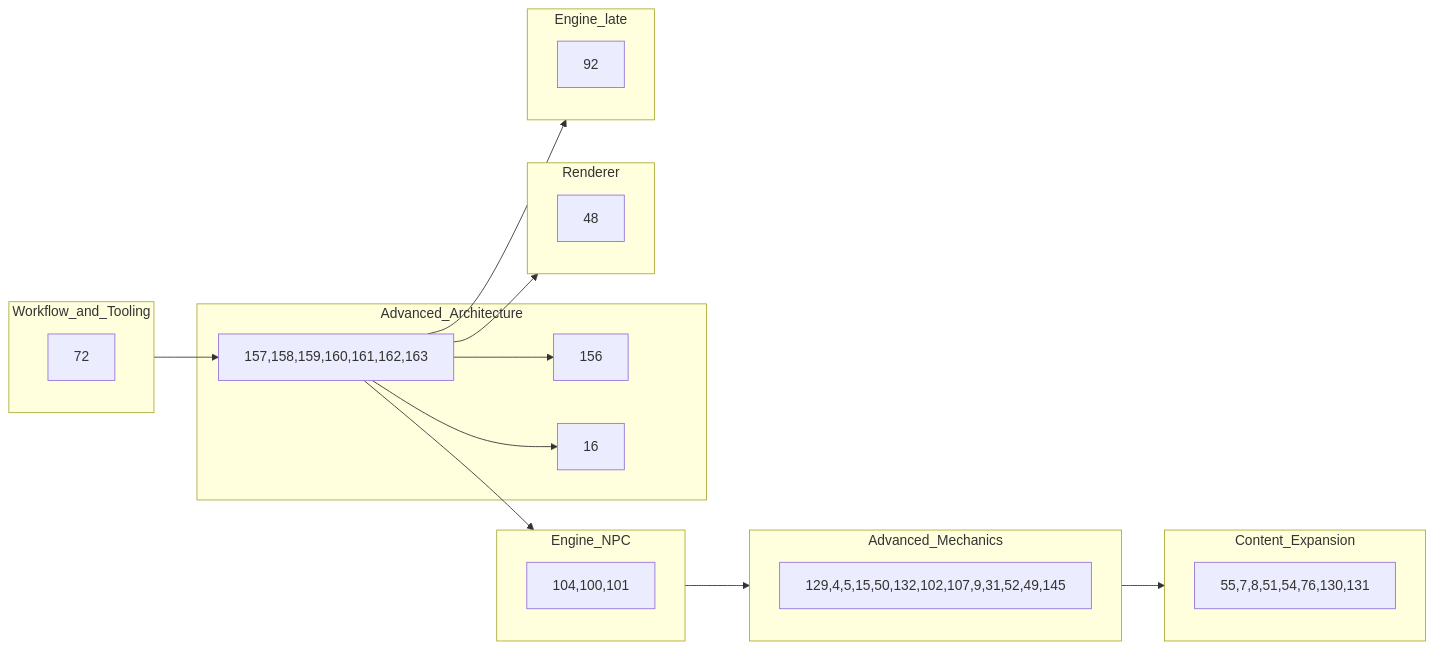
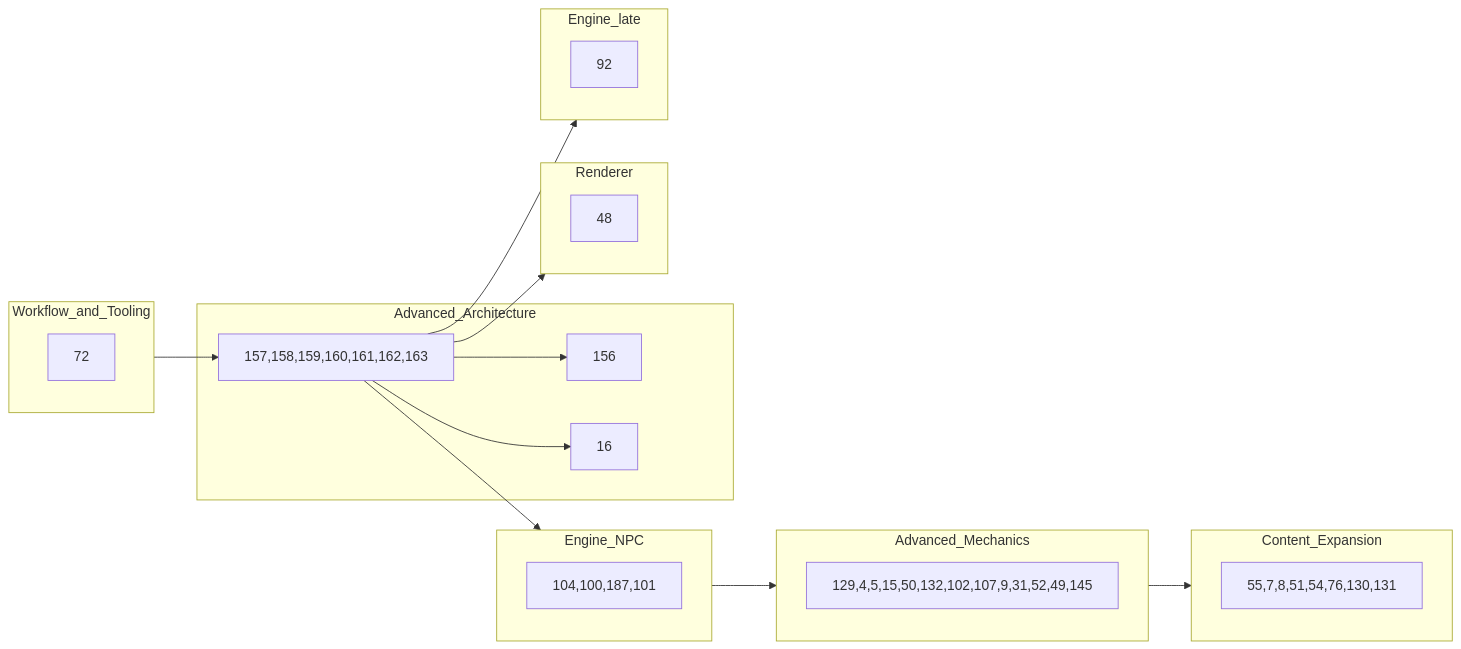
One commit to ianmays/dosmud changed the diagram in DEV_PLAN.md. Above: the diagram before and after it, drawn with Mermaid. The commit also changed other lines of this file and 15 other files, not shown here.

````diff
--- a/DEV_PLAN.md
+++ b/DEV_PLAN.md
@@ -44,34 +44,34 @@
 ```mermaid
 flowchart LR
   subgraph m4 [Workflow_and_Tooling]
     M4["72"]
   end
   subgraph m5 [Advanced_Architecture]
     M5chain["157,158,159,160,161,162,163"]
     M5adj["156"]
     M5late["16"]
   end
   subgraph m9a [Engine_NPC]
-    M9a["104,100,101"]
+    M9a["104,100,187,101"]
   end
   subgraph m8 [Advanced_Mechanics]
     M8["129,4,5,15,50,132,102,107,9,31,52,49,145"]
   end
   subgraph m6 [Content_Expansion]
     M6["55,7,8,51,54,76,130,131"]
   end
   subgraph m7 [Renderer]
     M7["48"]
   end
   subgraph m9b [Engine_late]
     M9b["92"]
   end
   m4 --> M5chain
   M5chain --> M5adj
   M5chain --> M5late
   M5chain --> m9a
   m9a --> m8
   m8 --> m6
   M5chain --> m7
   M5chain --> m9b
 ```
````
